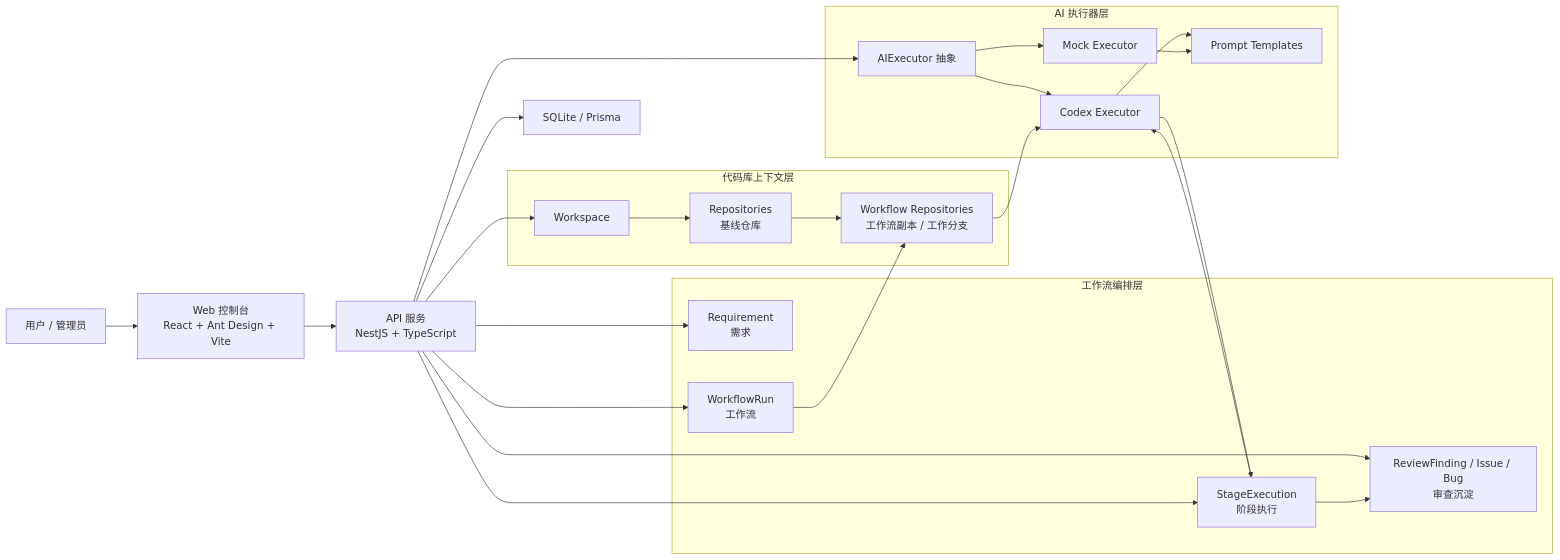
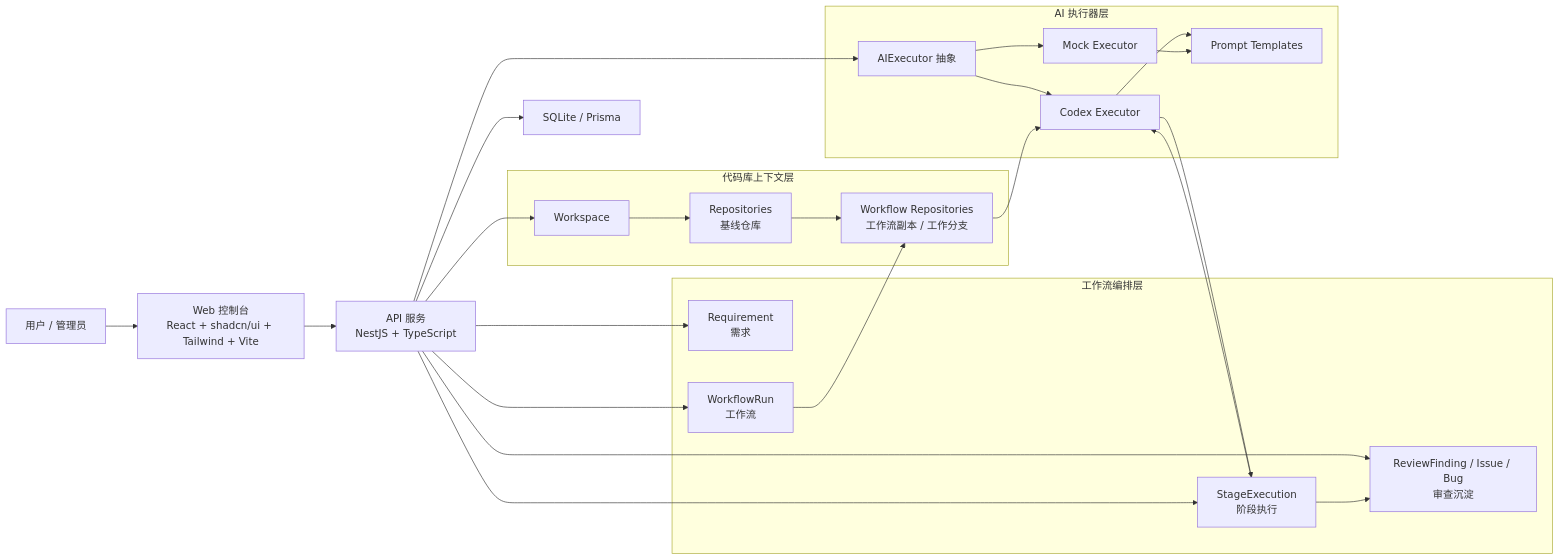
Before and after one commit to ChalkleyZhou/FlowX: the diagram in README.md, drawn with Mermaid. The commit also changed other lines of this file and 4 other files, not shown here.

````diff
--- a/README.md
+++ b/README.md
@@ -7,47 +7,47 @@
 ```mermaid
 flowchart LR
-    U["用户 / 管理员"] --> W["Web 控制台\nReact + Ant Design + Vite"]
+    U["用户 / 管理员"] --> W["Web 控制台\nReact + shadcn/ui + Tailwind + Vite"]
     W --> A["API 服务\nNestJS + TypeScript"]
     A --> DB["SQLite / Prisma"]
 
     subgraph Orchestration["工作流编排层"]
       REQ["Requirement\n需求"]
       WF["WorkflowRun\n工作流"]
       ST["StageExecution\n阶段执行"]
       RF["ReviewFinding / Issue / Bug\n审查沉淀"]
     end
 
     A --> REQ
     A --> WF
     A --> ST
     A --> RF
 
     subgraph RepoLayer["代码库上下文层"]
       WS["Workspace"]
       RP["Repositories\n基线仓库"]
       WR["Workflow Repositories\n工作流副本 / 工作分支"]
     end
 
     A --> WS
     WS --> RP
     WF --> WR
     RP --> WR
 
     subgraph AI["AI 执行器层"]
       EX["AIExecutor 抽象"]
       CX["Codex Executor"]
       MX["Mock Executor"]
       PT["Prompt Templates"]
     end
 
     A --> EX
     EX --> CX
     EX --> MX
     CX --> PT
     MX --> PT
 
     WR --> CX
     ST --> CX
     CX --> ST
     ST --> RF
 ```
````
